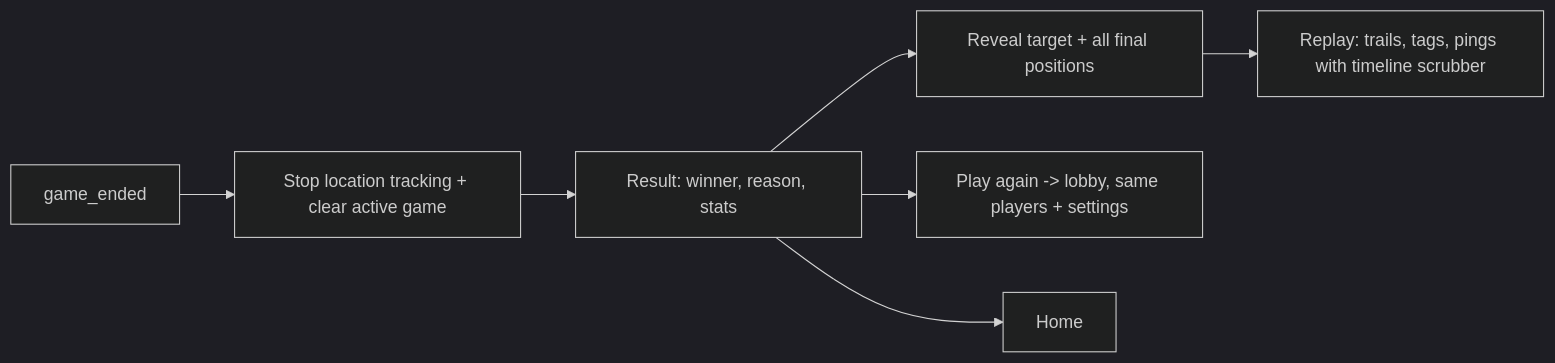
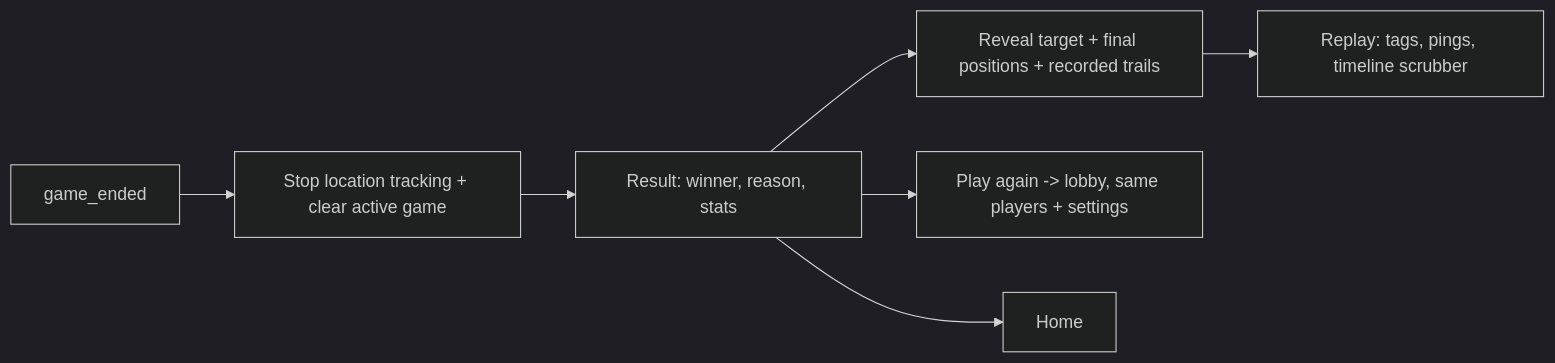
Diagram 12 of 12 in docs/FLOW.md (ArshvirSk/GhostRun), drawn with Mermaid (dark theme) before and after one commit. The commit also changed other lines of this file and 2 other files, not shown here.

````diff
--- a/docs/FLOW.md
+++ b/docs/FLOW.md
@@ -273,9 +273,9 @@
 ```mermaid
 flowchart LR
   A[game_ended] --> B[Stop location tracking + clear active game]
   B --> C[Result: winner, reason, stats]
-  C --> D[Reveal target + all final positions]
-  D --> E[Replay: trails, tags, pings with timeline scrubber]
+  C --> D[Reveal target + final positions + recorded trails]
+  D --> E[Replay: tags, pings, timeline scrubber]
   C --> F[Play again -> lobby, same players + settings]
   C --> G[Home]
 ```
````
